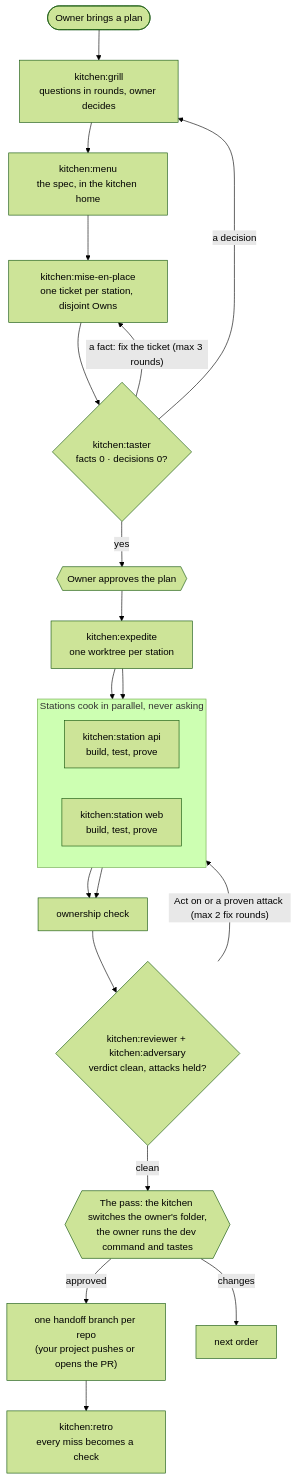
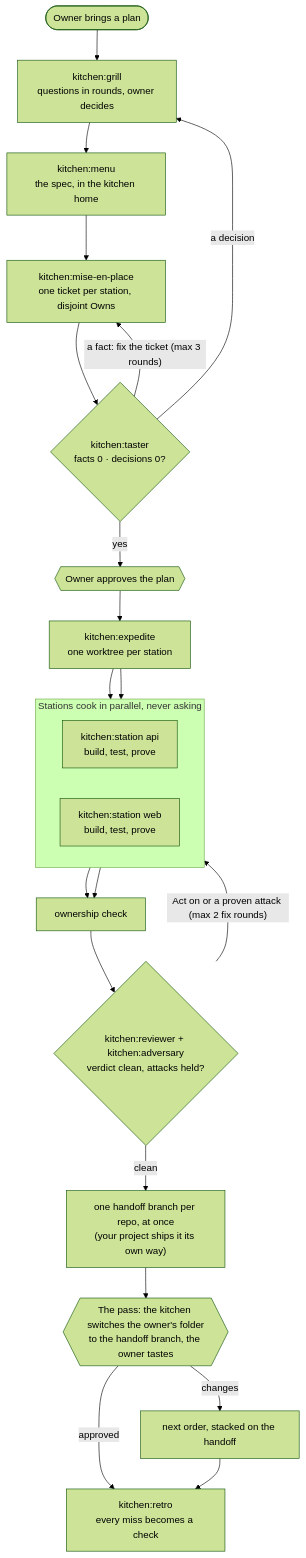
The diagram in README.md (iagormoraes/kitchen-agents), drawn with Mermaid (forest theme) before and after one commit. The commit also changed other lines of this file and 8 other files, not shown here.

First line of the commit message:
feat: hand off as soon as the order is clean, then taste the handoff

````diff
--- a/README.md
+++ b/README.md
@@ -13,24 +14,25 @@
 ```mermaid
 flowchart TD
     PLAN(["Owner brings a plan"]) --> GRILL["kitchen:grill<br/>questions in rounds, owner decides"]
     GRILL --> MENU["kitchen:menu<br/>the spec, in the kitchen home"]
     MENU --> MISE["kitchen:mise-en-place<br/>one ticket per station, disjoint Owns"]
     MISE --> TASTER{"kitchen:taster<br/>facts 0 · decisions 0?"}
     TASTER -- "a fact: fix the ticket (max 3 rounds)" --> MISE
     TASTER -- "a decision" --> GRILL
     TASTER -- "yes" --> APPROVE{{"Owner approves the plan"}}
     APPROVE --> EXPEDITE["kitchen:expedite<br/>one worktree per station"]
     subgraph COOK ["Stations cook in parallel, never asking"]
         direction LR
         S1["kitchen:station api<br/>build, test, prove"]
         S2["kitchen:station web<br/>build, test, prove"]
     end
     EXPEDITE --> S1 & S2
     S1 & S2 --> OWN["ownership check"]
     OWN --> REVIEW{"kitchen:reviewer + kitchen:adversary<br/>verdict clean, attacks held?"}
     REVIEW -- "Act on or a proven attack (max 2 fix rounds)" --> COOK
-    REVIEW -- "clean" --> PASS{{"The pass: the kitchen switches the owner's folder,<br/>the owner runs the dev command and tastes"}}
-    PASS -- "approved" --> OUT["one handoff branch per repo<br/>(your project pushes or opens the PR)"]
-    PASS -- "changes" --> NEXT["next order"]
-    OUT --> RETRO["kitchen:retro<br/>every miss becomes a check"]
+    REVIEW -- "clean" --> OUT["one handoff branch per repo, at once<br/>(your project ships it its own way)"]
+    OUT --> PASS{{"The pass: the kitchen switches the owner's folder<br/>to the handoff branch, the owner tastes"}}
+    PASS -- "approved" --> RETRO["kitchen:retro<br/>every miss becomes a check"]
+    PASS -- "changes" --> NEXT["next order, stacked on the handoff"]
+    NEXT --> RETRO
 ```
````
